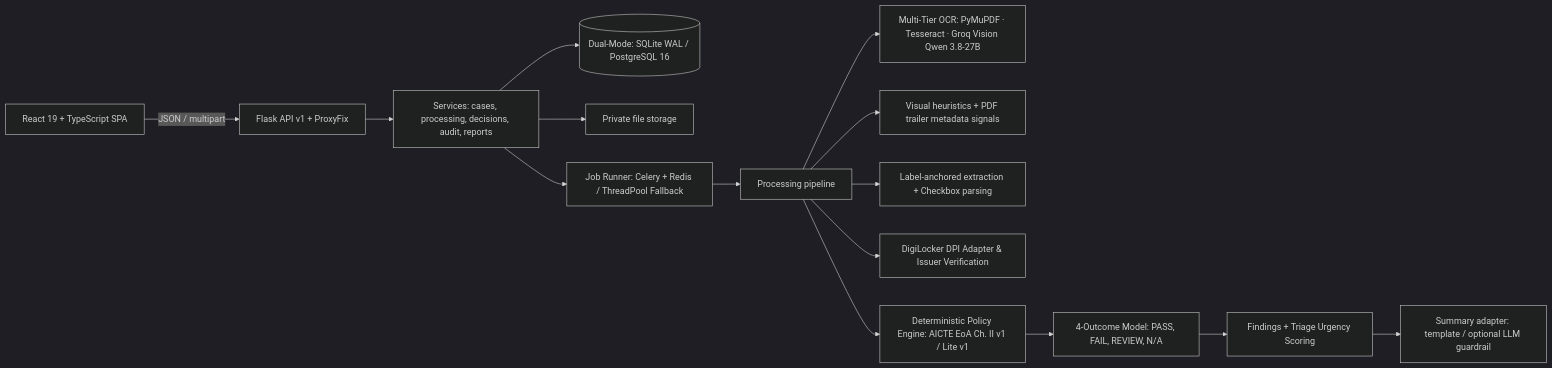
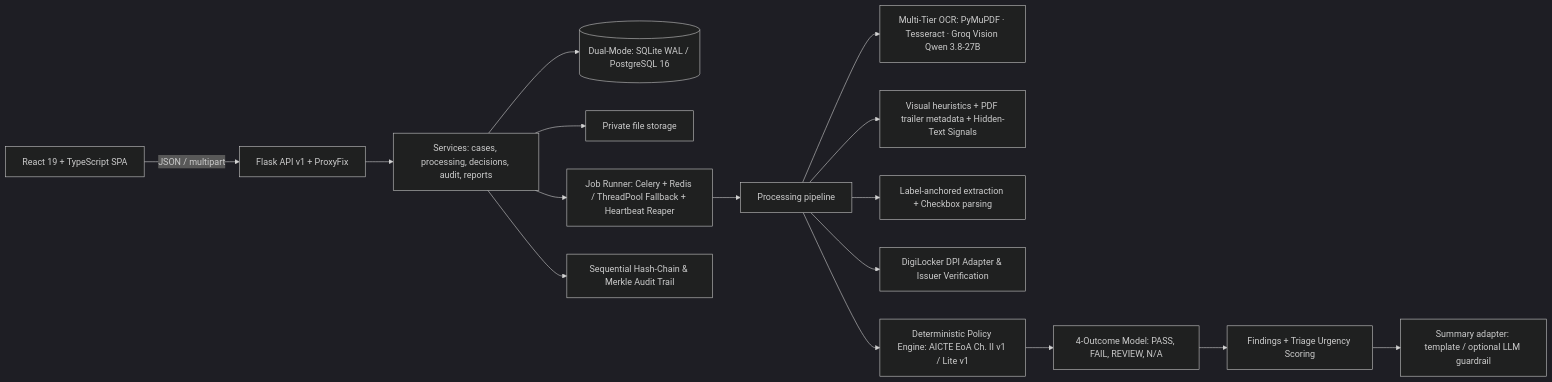
Before and after one commit to suryakrishna17/Veriscope: the first of 2 diagrams in docs/ARCHITECTURE.md, drawn with Mermaid (dark theme). The commit also changed other lines of this file and 9 other files, not shown here.

````diff
--- a/docs/ARCHITECTURE.md
+++ b/docs/ARCHITECTURE.md
@@ -3,17 +3,18 @@
 ```mermaid
 flowchart LR
   UI[React 19 + TypeScript SPA] -->|JSON / multipart| API[Flask API v1 + ProxyFix]
   API --> SVC[Services: cases, processing, decisions, audit, reports]
   SVC --> DB[(Dual-Mode: SQLite WAL / PostgreSQL 16)]
   SVC --> ST[Private file storage]
-  SVC --> JOB[Job Runner: Celery + Redis / ThreadPool Fallback]
+  SVC --> JOB[Job Runner: Celery + Redis / ThreadPool Fallback + Heartbeat Reaper]
   JOB --> PIPE[Processing pipeline]
   PIPE --> TXT[Multi-Tier OCR: PyMuPDF · Tesseract · Groq Vision Qwen 3.8-27B]
-  PIPE --> SIG[Visual heuristics + PDF trailer metadata signals]
+  PIPE --> SIG[Visual heuristics + PDF trailer metadata + Hidden-Text Signals]
   PIPE --> EXT[Label-anchored extraction + Checkbox parsing]
   PIPE --> ISS[DigiLocker DPI Adapter & Issuer Verification]
   PIPE --> RULES[Deterministic Policy Engine: AICTE EoA Ch. II v1 / Lite v1]
   RULES --> EVAL[4-Outcome Model: PASS, FAIL, REVIEW, N/A]
   EVAL --> FIND[Findings + Triage Urgency Scoring]
   FIND --> AI[Summary adapter: template / optional LLM guardrail]
+  SVC --> CHAIN[Sequential Hash-Chain & Merkle Audit Trail]
 ```
````
